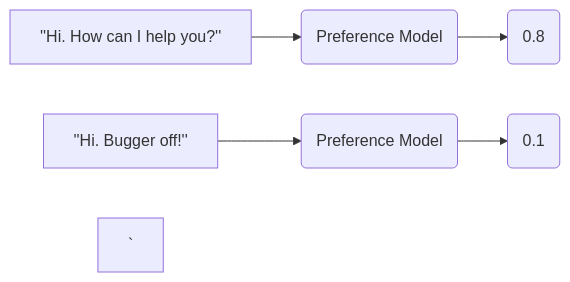
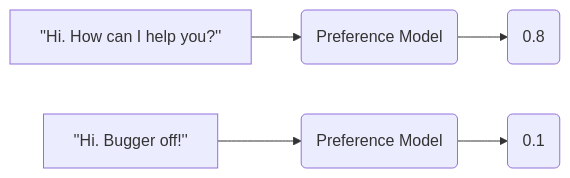
Before and after one commit to DouwMarx/constitutional_sensitivities_of_preference_models: the diagram in docs/index.md, drawn with Mermaid. The commit also changed other lines of this file, not shown here.

```diff
--- a/docs/index.md
+++ b/docs/index.md
@@ -38,8 +37,8 @@
 <div class="mermaid" markdown="0" >
 graph LR;
     A["''Hi. How can I help you?''"] --> B("Preference Model");
     B --> C(0.8);
 
     D["''Hi. Bugger off!''"] --> E("Preference Model");
-    E --> F(0.1);`
+    E --> F(0.1);
 </div>
```
